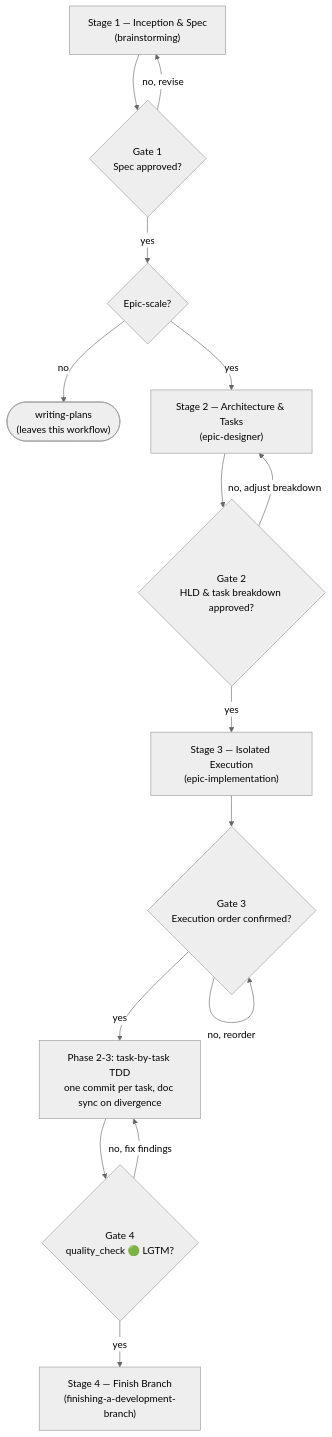
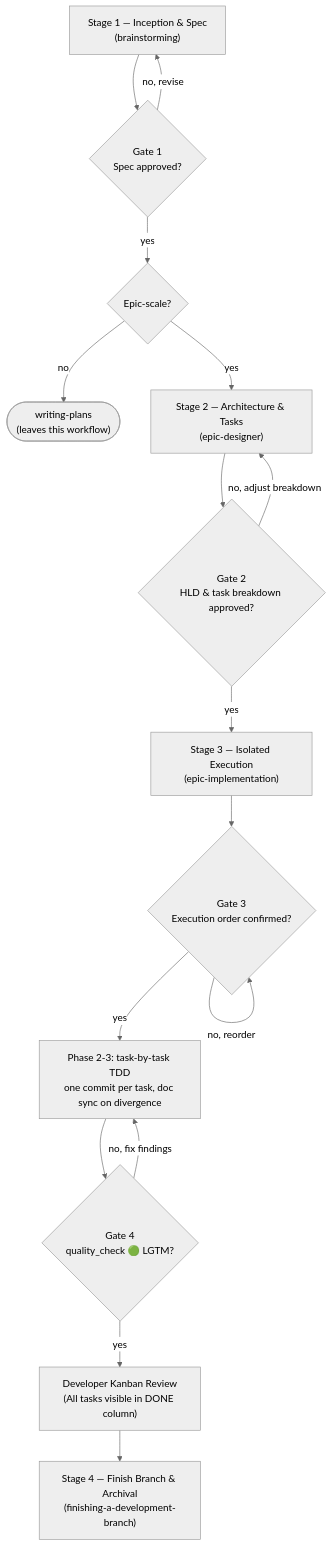
One commit to DanhDue/ai-agent-tools changed the diagram in skills/epic-lifecycle/SKILL.md. Above: the diagram before and after it, drawn with Mermaid (neutral theme). The commit also changed 7 other files, not shown here.

First line of the commit message:
[EPIC_ARCHIVAL_AND_PLANNING_GATE] Integrate Pre-Finish Archival Hook and Kanban Review State

````diff
--- a/skills/epic-lifecycle/SKILL.md
+++ b/skills/epic-lifecycle/SKILL.md
@@ -22,29 +22,32 @@
 ```mermaid
 flowchart TD
     S1["Stage 1 — Inception &amp; Spec<br/>(brainstorming)"]
     G1{"Gate 1<br/>Spec approved?"}
     ROUTE{"Epic-scale?"}
     PLANS(["writing-plans<br/>(leaves this workflow)"])
     S2["Stage 2 — Architecture &amp; Tasks<br/>(epic-designer)"]
     G2{"Gate 2<br/>HLD &amp; task breakdown approved?"}
     S3["Stage 3 — Isolated Execution<br/>(epic-implementation)"]
     G3{"Gate 3<br/>Execution order confirmed?"}
     EXEC["Phase 2-3: task-by-task TDD<br/>one commit per task, doc sync on divergence"]
     G4{"Gate 4<br/>quality_check 🟢 LGTM?"}
-    S4["Stage 4 — Finish Branch<br/>(finishing-a-development-branch)"]
+    REVIEW["Developer Kanban Review<br/>(All tasks visible in DONE column)"]
+    S4["Stage 4 — Finish Branch &amp; Archival<br/>(finishing-a-development-branch)"]
 
     S1 --> G1
     G1 -->|no, revise| S1
     G1 -->|yes| ROUTE
     ROUTE -->|no| PLANS
     ROUTE -->|yes| S2
     S2 --> G2
     G2 -->|no, adjust breakdown| S2
     G2 -->|yes| S3
     S3 --> G3
     G3 -->|no, reorder| G3
     G3 -->|yes| EXEC
     EXEC --> G4
     G4 -->|no, fix findings| EXEC
-    G4 -->|yes| S4
+    G4 -->|yes| REVIEW
+    REVIEW --> S4
+
 ```
````
